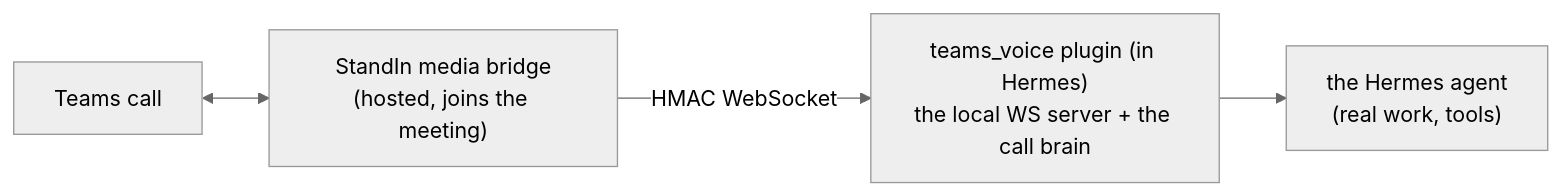
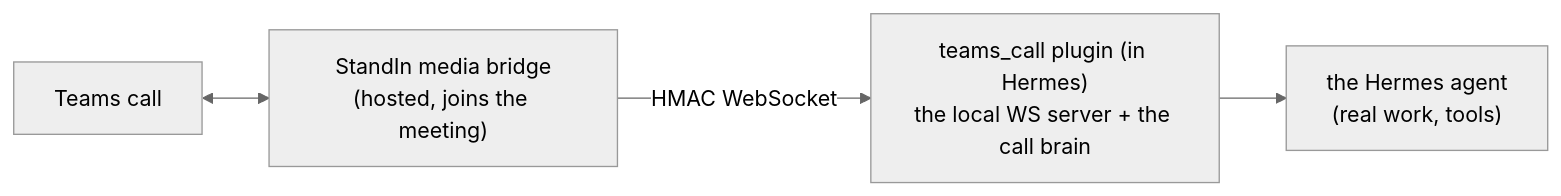
The diagram in website/src/content/docs/index.mdx (komaa-com/hermes-msteams-bridge), drawn with Mermaid (neutral theme) before and after one commit. The commit also changed other lines of this file and 55 other files, not shown here.

First line of the commit message:
Hermes boundary, call features, teams_call rename, gateway-resident mode (#32)

````diff
--- a/website/src/content/docs/index.mdx
+++ b/website/src/content/docs/index.mdx
@@ -38,10 +38,10 @@
 ```mermaid
 flowchart LR
     Teams["Teams call"]
     Bridge["StandIn media bridge<br/>(hosted, joins the meeting)"]
-    Plugin["teams_voice plugin (in Hermes)<br/>the local WS server + the call brain"]
+    Plugin["teams_call plugin (in Hermes)<br/>the local WS server + the call brain"]
     Agent["the Hermes agent<br/>(real work, tools)"]
     Teams <--> Bridge
     Bridge -->|HMAC WebSocket| Plugin
     Plugin --> Agent
 ```
````
